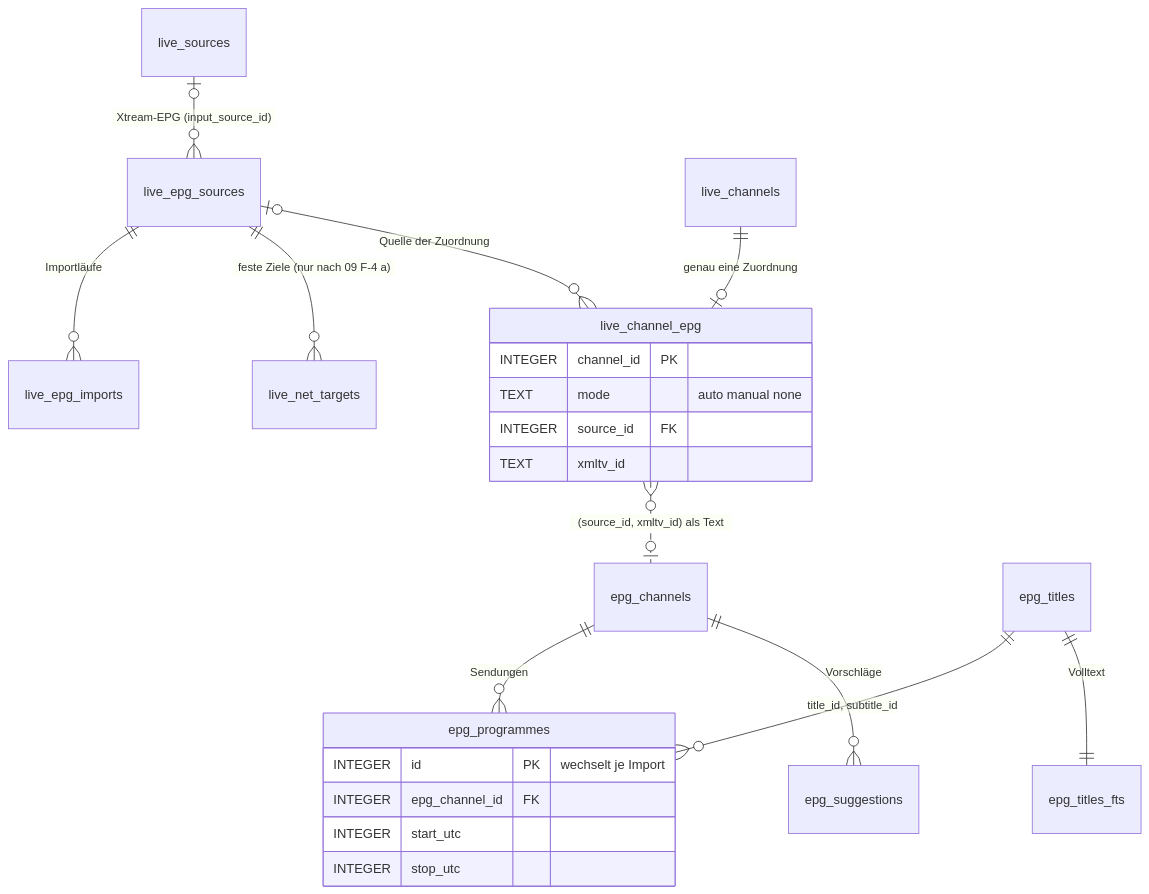
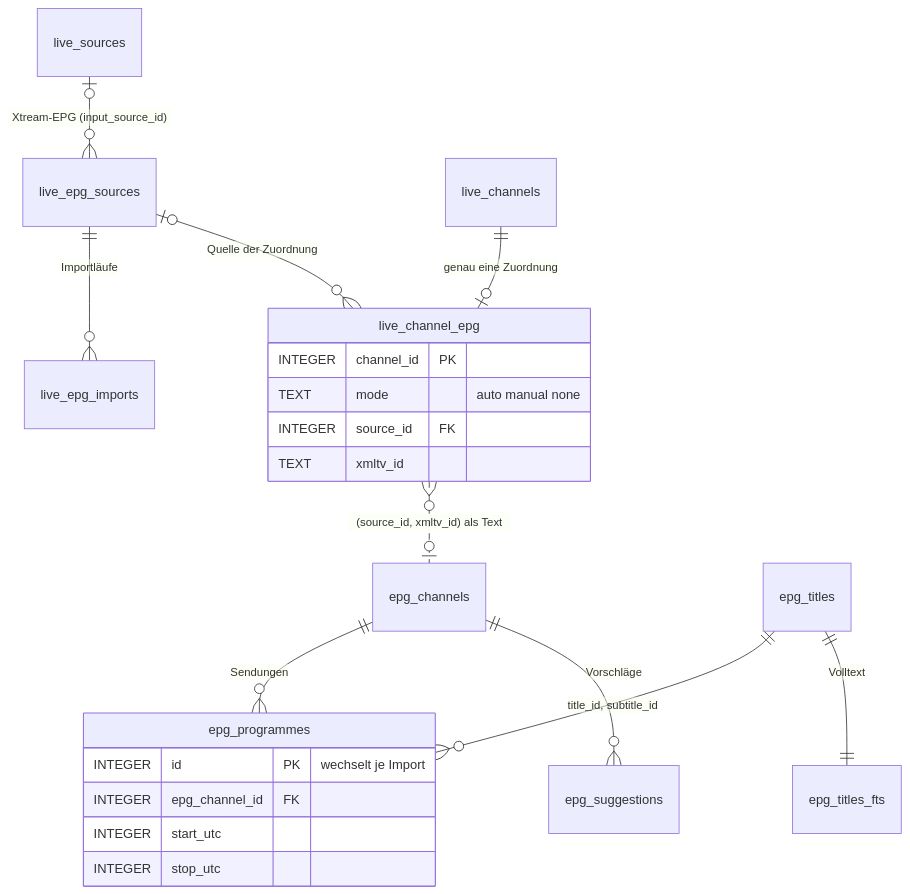
One commit to SlouchCat/slouchcat changed the second of 4 diagrams in docs/planning/28-live-tv/07-datenmodell.md. Above: the diagram before and after it, drawn with Mermaid. The commit also changed other lines of this file and 1 other file, not shown here.

First line of the commit message:
docs(planning): concept 28 live TV, data model and API, version 2 after review 2

````diff
--- a/docs/planning/28-live-tv/07-datenmodell.md
+++ b/docs/planning/28-live-tv/07-datenmodell.md
@@ -153,25 +160,24 @@
 ```mermaid
 erDiagram
   live_epg_sources ||--o{ live_epg_imports : "Importläufe"
   live_sources |o--o{ live_epg_sources : "Xtream-EPG (input_source_id)"
-  live_epg_sources ||--o{ live_net_targets : "feste Ziele (nur nach 09 F-4 a)"
   live_channels ||--o| live_channel_epg : "genau eine Zuordnung"
   live_epg_sources |o--o{ live_channel_epg : "Quelle der Zuordnung"
   live_channel_epg }o..o| epg_channels : "(source_id, xmltv_id) als Text"
   epg_channels ||--o{ epg_programmes : "Sendungen"
   epg_titles ||--o{ epg_programmes : "title_id, subtitle_id"
   epg_titles ||--|| epg_titles_fts : "Volltext"
   epg_channels ||--o{ epg_suggestions : "Vorschläge"
   live_channel_epg {
     INTEGER channel_id PK
     TEXT mode "auto manual none"
     INTEGER source_id FK
     TEXT xmltv_id
   }
   epg_programmes {
     INTEGER id PK "wechselt je Import"
     INTEGER epg_channel_id FK
     INTEGER start_utc
     INTEGER stop_utc
   }
 ```
````
